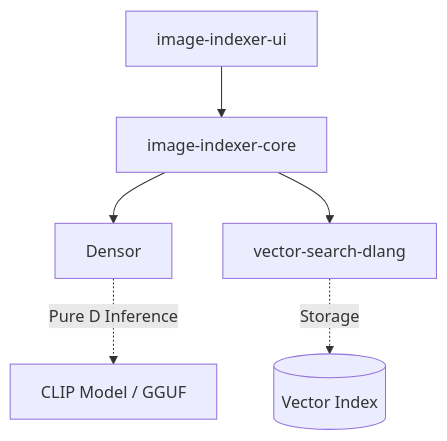
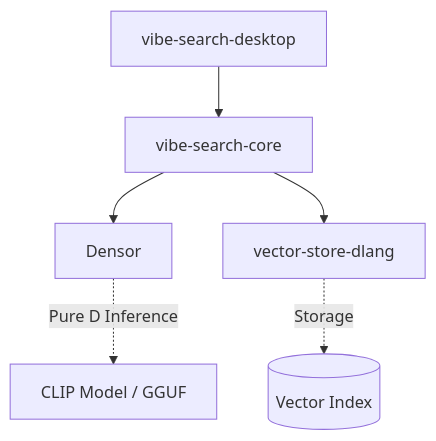
Before and after one commit to dlang-supplemental/vibe-search-core: the diagram in README.adoc, drawn with Mermaid. The commit also changed other lines of this file and 4 other files, not shown here.

Commit message:
chore: rename project to vibe-search-core and update documentation

```diff
--- a/README.adoc
+++ b/README.adoc
@@ -21,9 +21,9 @@
 [mermaid]
 ....
 graph TD
-    UI[image-indexer-ui] --> CORE[image-indexer-core]
+    UI[vibe-search-desktop] --> CORE[vibe-search-core]
     CORE --> DENSOR[Densor]
-    CORE --> VS[vector-search-dlang]
+    CORE --> VS[vector-store-dlang]
     DENSOR -.-> |Pure D Inference| CLIP[CLIP Model / GGUF]
     VS -.-> |Storage| DB[(Vector Index)]
 ....
```
